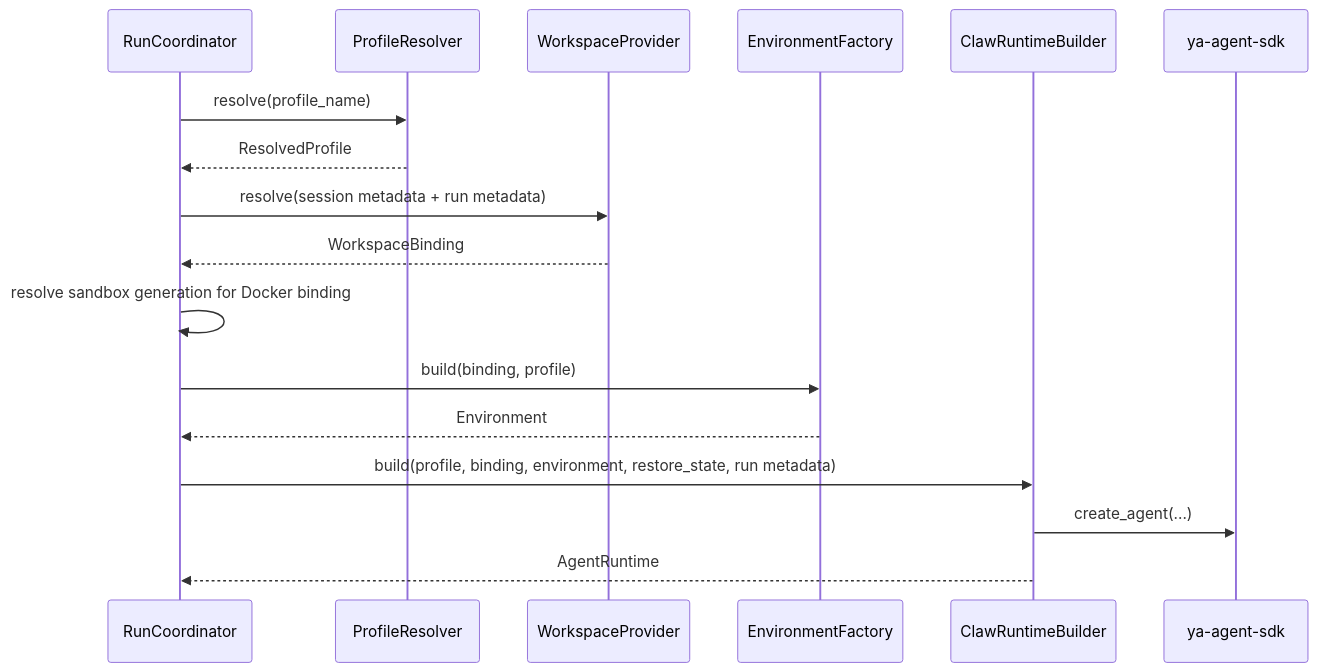
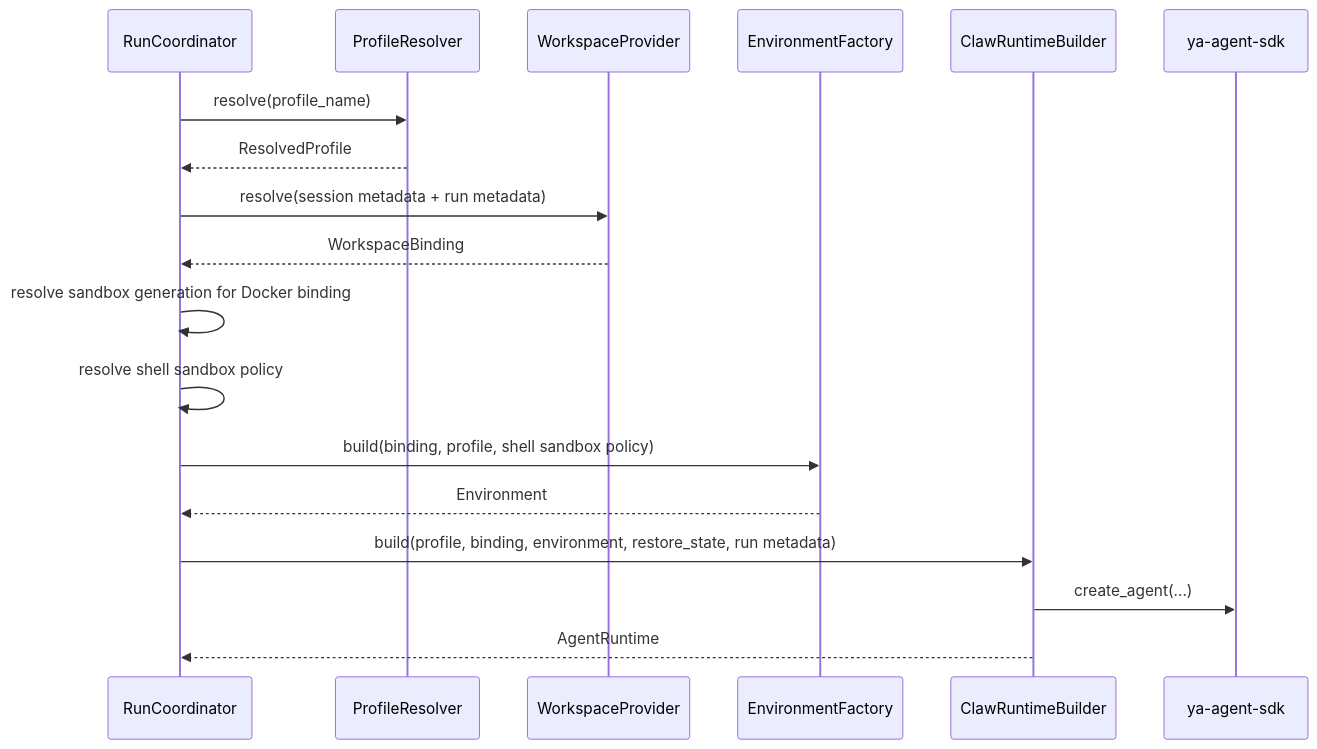
One commit to Alexsu26/ya-mono changed the diagram in packages/ya-claw/spec/06-runtime-assembly.md. Above: the diagram before and after it, drawn with Mermaid. The commit also changed other lines of this file and 118 other files, not shown here.

````diff
--- a/packages/ya-claw/spec/06-runtime-assembly.md
+++ b/packages/ya-claw/spec/06-runtime-assembly.md
@@ -107,20 +108,21 @@
 ```mermaid
 sequenceDiagram
     participant COORD as RunCoordinator
     participant PROF as ProfileResolver
     participant WP as WorkspaceProvider
     participant EF as EnvironmentFactory
     participant RB as ClawRuntimeBuilder
     participant SDK as ya-agent-sdk
 
     COORD->>PROF: resolve(profile_name)
     PROF-->>COORD: ResolvedProfile
     COORD->>WP: resolve(session metadata + run metadata)
     WP-->>COORD: WorkspaceBinding
     COORD->>COORD: resolve sandbox generation for Docker binding
-    COORD->>EF: build(binding, profile)
+    COORD->>COORD: resolve shell sandbox policy
+    COORD->>EF: build(binding, profile, shell sandbox policy)
     EF-->>COORD: Environment
     COORD->>RB: build(profile, binding, environment, restore_state, run metadata)
     RB->>SDK: create_agent(...)
     RB-->>COORD: AgentRuntime
 ```
````
